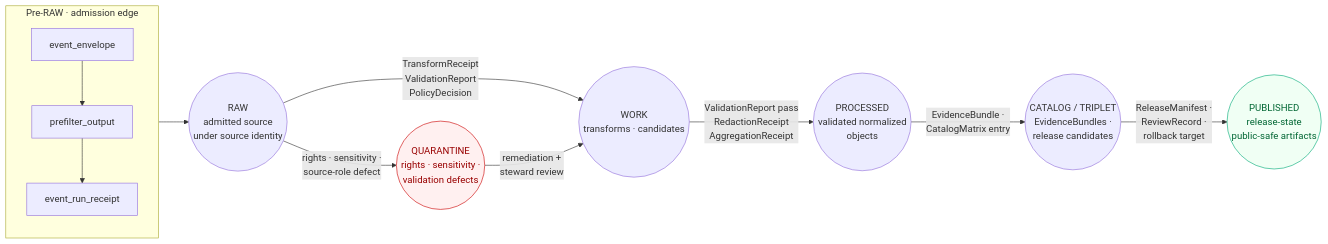
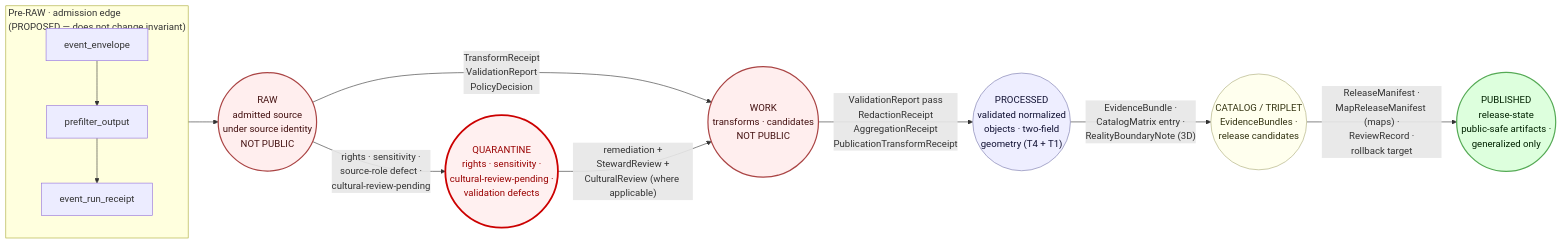
The diagram in docs/domains/archaeology/DATA_LIFECYCLE.md (bartytime4life/Kansas-Frontier-Matrix), drawn with Mermaid before and after one commit. The commit also changed other lines of this file, not shown here.

````diff
--- a/docs/domains/archaeology/DATA_LIFECYCLE.md
+++ b/docs/domains/archaeology/DATA_LIFECYCLE.md
@@ -95,30 +175,36 @@
 ```mermaid
 flowchart LR
-  subgraph PRE["Pre-RAW · admission edge"]
+  subgraph PRE["Pre-RAW · admission edge<br/>(PROPOSED — does not change invariant)"]
     direction TB
     EE["event_envelope"]
     PF["prefilter_output"]
     ER["event_run_receipt"]
     EE --> PF --> ER
   end
 
-  RAW(("RAW<br/>admitted source<br/>under source identity"))
-  WORK(("WORK<br/>transforms · candidates"))
-  Q(("QUARANTINE<br/>rights · sensitivity ·<br/>validation defects"))
-  PROC(("PROCESSED<br/>validated normalized<br/>objects"))
+  RAW(("RAW<br/>admitted source<br/>under source identity<br/>NOT PUBLIC"))
+  WORK(("WORK<br/>transforms · candidates<br/>NOT PUBLIC"))
+  Q(("QUARANTINE<br/>rights · sensitivity ·<br/>cultural-review-pending ·<br/>validation defects"))
+  PROC(("PROCESSED<br/>validated normalized<br/>objects · two-field<br/>geometry (T4 + T1)"))
   CAT(("CATALOG / TRIPLET<br/>EvidenceBundles ·<br/>release candidates"))
-  PUB(("PUBLISHED<br/>release-state<br/>public-safe artifacts"))
+  PUB(("PUBLISHED<br/>release-state<br/>public-safe artifacts ·<br/>generalized only"))
 
   ER --> RAW
   RAW -- "TransformReceipt<br/>ValidationReport<br/>PolicyDecision" --> WORK
-  RAW -- "rights · sensitivity ·<br/>source-role defect" --> Q
-  Q -- "remediation +<br/>steward review" --> WORK
-  WORK -- "ValidationReport pass<br/>RedactionReceipt<br/>AggregationReceipt" --> PROC
-  PROC -- "EvidenceBundle ·<br/>CatalogMatrix entry" --> CAT
-  CAT -- "ReleaseManifest ·<br/>ReviewRecord ·<br/>rollback target" --> PUB
+  RAW -- "rights · sensitivity ·<br/>source-role defect ·<br/>cultural-review-pending" --> Q
+  Q -- "remediation +<br/>StewardReview +<br/>CulturalReview (where applicable)" --> WORK
+  WORK -- "ValidationReport pass<br/>RedactionReceipt<br/>AggregationReceipt<br/>PublicationTransformReceipt" --> PROC
+  PROC -- "EvidenceBundle ·<br/>CatalogMatrix entry ·<br/>RealityBoundaryNote (3D)" --> CAT
+  CAT -- "ReleaseManifest ·<br/>MapReleaseManifest (maps) ·<br/>ReviewRecord ·<br/>rollback target" --> PUB
 
-  classDef deny fill:#fff0f0,stroke:#c00,color:#900;
-  classDef pub fill:#f0fff4,stroke:#0a7,color:#063;
-  class Q deny;
-  class PUB pub;
+  classDef notpublic fill:#fee,stroke:#a44,color:#411,stroke-width:2px
+  classDef deny fill:#fff0f0,stroke:#c00,color:#900,stroke-width:3px
+  classDef processed fill:#eef,stroke:#77a,color:#113
+  classDef catalog fill:#ffe,stroke:#aa7,color:#331
+  classDef pub fill:#dfd,stroke:#5a5,color:#020,stroke-width:2px
+  class RAW,WORK notpublic
+  class Q deny
+  class PROC processed
+  class CAT catalog
+  class PUB pub
 ```
````
